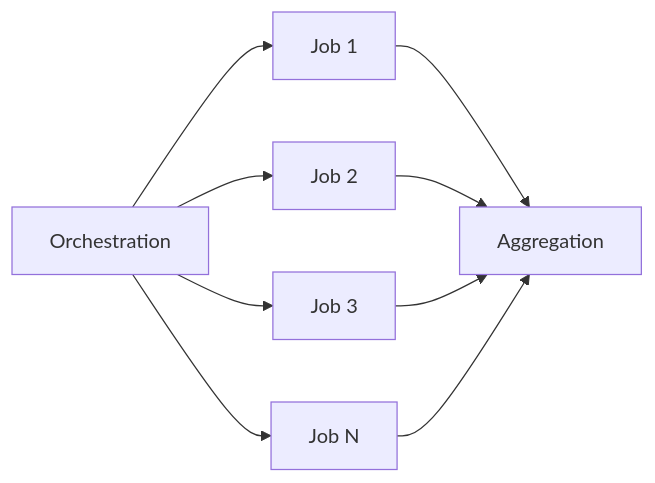
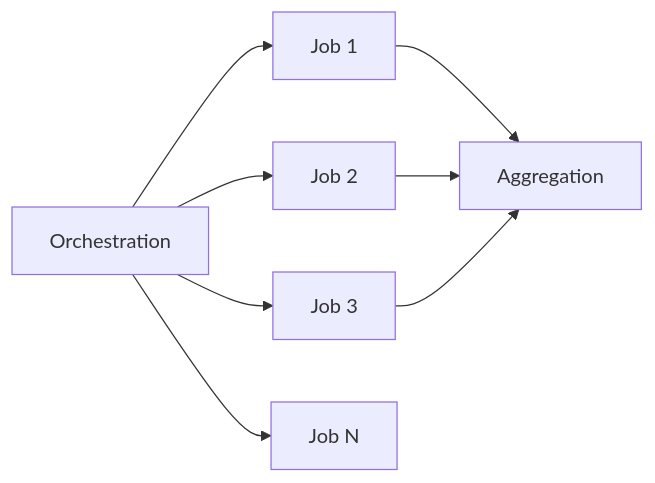
One commit to t4d-gmbh/utilizingSharedResources changed the second of 2 diagrams in source/content/primerOnParallelism/conceptualFramework.md. Above: the diagram before and after it, drawn with Mermaid. The commit also changed other lines of this file, not shown here.

````diff
--- a/source/content/primerOnParallelism/conceptualFramework.md
+++ b/source/content/primerOnParallelism/conceptualFramework.md
@@ -35,11 +70,10 @@
 ```{mermaid}
 graph LR
     A[Orchestration] --> B1[Job 1]
     A --> B2[Job 2]
     A --> B3[Job 3]
     A --> B4[Job N]
     B1 --> C[Aggregation]
     B2 --> C
     B3 --> C
-    B4 --> C
 ```
````
